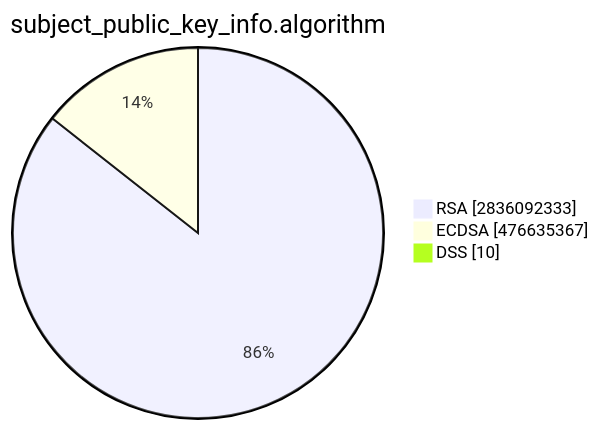
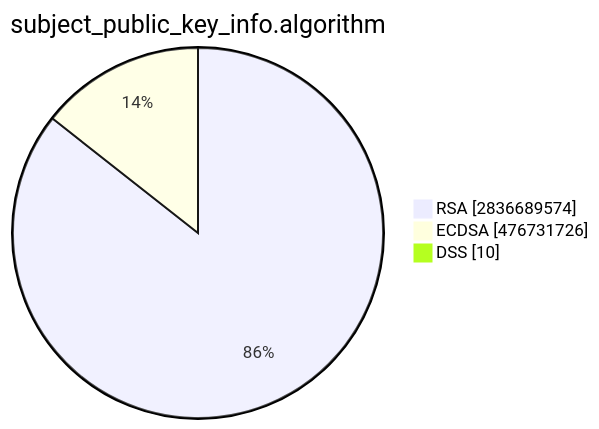
The second of 15 diagrams in TOTAL/README.md (christiankrug/ctmonitor_visualization), drawn with Mermaid before and after one commit. The commit also changed other lines of this file, not shown here.

````diff
--- a/TOTAL/README.md
+++ b/TOTAL/README.md
@@ -6,7 +6,7 @@
 ```mermaid
 pie showData
 title subject_public_key_info.algorithm
-"RSA" :2836092333
-"ECDSA" :476635367
+"RSA" :2836689574
+"ECDSA" :476731726
 "DSS" :10
 ```
````
